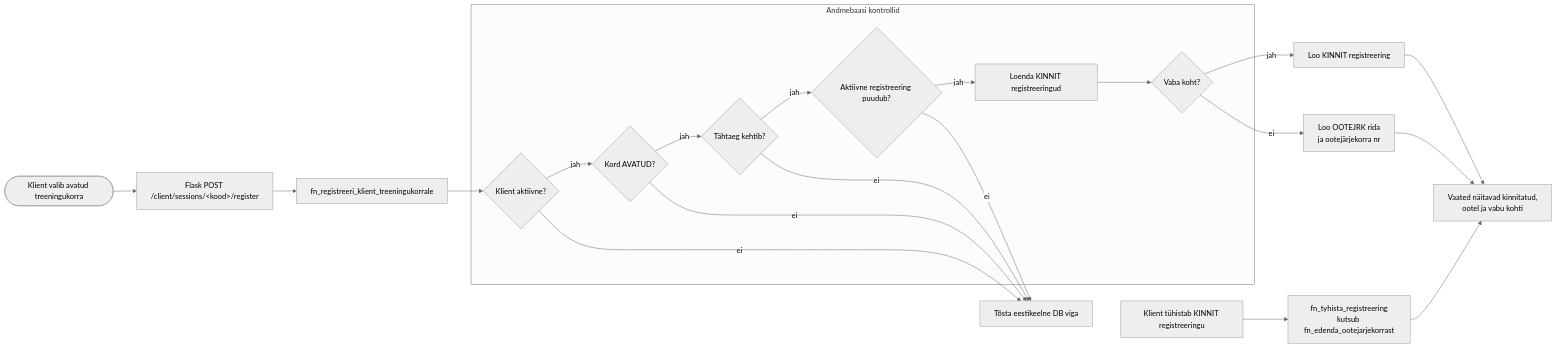
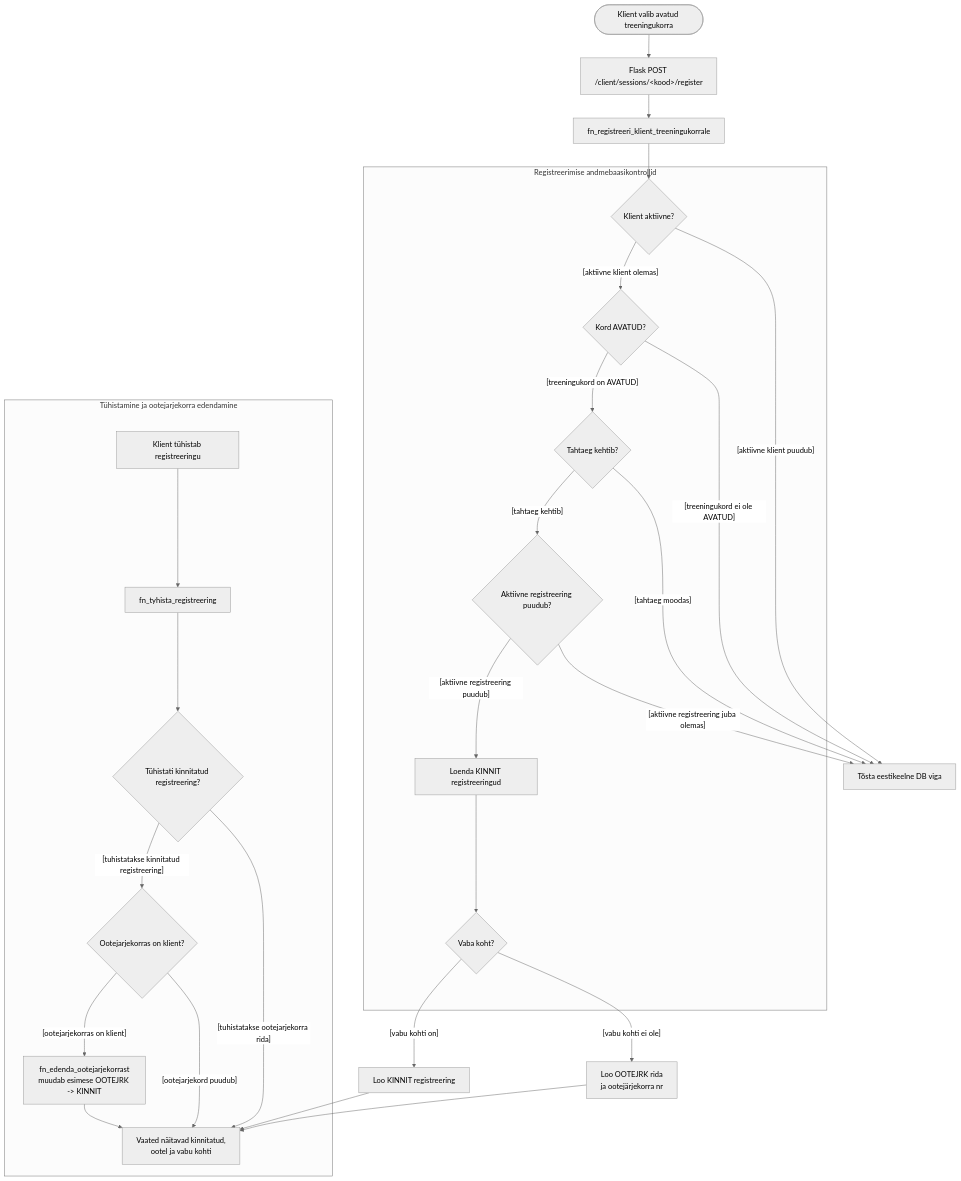
The diagram in diagrams/04_registration_activity.mmd (tamkivi/andmebaasid-projekt), drawn with Mermaid (neutral theme) before and after one commit. The commit also changed 23 other files, not shown here.

```diff
--- a/diagrams/04_registration_activity.mmd
+++ b/diagrams/04_registration_activity.mmd
@@ -1,35 +1,45 @@
-flowchart LR
+flowchart TB
     START([Klient valib avatud treeningukorra])
     ROUTE["Flask POST /client/sessions/&lt;kood&gt;/register"]
     FN["fn_registreeri_klient_treeningukorrale"]
 
-    subgraph "Andmebaasi kontrollid"
+    subgraph "Registreerimise andmebaasikontrollid"
         ACTIVE{"Klient aktiivne?"}
         OPEN{"Kord AVATUD?"}
-        DEADLINE{"Tähtaeg kehtib?"}
+        DEADLINE{"Tahtaeg kehtib?"}
         DUP{"Aktiivne registreering puudub?"}
         COUNT["Loenda KINNIT registreeringud"]
         SEAT{"Vaba koht?"}
     end
 
     CONF["Loo KINNIT registreering"]
     WAIT["Loo OOTEJRK rida\nja ootejärjekorra nr"]
     ERR["Tõsta eestikeelne DB viga"]
     VIEW["Vaated näitavad kinnitatud,\nootel ja vabu kohti"]
 
     START --> ROUTE --> FN --> ACTIVE
-    ACTIVE -- jah --> OPEN
-    OPEN -- jah --> DEADLINE
-    DEADLINE -- jah --> DUP
-    DUP -- jah --> COUNT --> SEAT
-    SEAT -- jah --> CONF --> VIEW
-    SEAT -- ei --> WAIT --> VIEW
+    ACTIVE -->|"[aktiivne klient olemas]"| OPEN
+    OPEN -->|"[treeningukord on AVATUD]"| DEADLINE
+    DEADLINE -->|"[tahtaeg kehtib]"| DUP
+    DUP -->|"[aktiivne registreering puudub]"| COUNT
+    COUNT --> SEAT
+    SEAT -->|"[vabu kohti on]"| CONF --> VIEW
+    SEAT -->|"[vabu kohti ei ole]"| WAIT --> VIEW
 
-    ACTIVE -- ei --> ERR
-    OPEN -- ei --> ERR
-    DEADLINE -- ei --> ERR
-    DUP -- ei --> ERR
+    ACTIVE -->|"[aktiivne klient puudub]"| ERR
+    OPEN -->|"[treeningukord ei ole AVATUD]"| ERR
+    DEADLINE -->|"[tahtaeg moodas]"| ERR
+    DUP -->|"[aktiivne registreering juba olemas]"| ERR
 
-    CANCEL["Klient tühistab KINNIT registreeringu"]
-    PROMOTE["fn_tyhista_registreering\nkutsub fn_edenda_ootejarjekorrast"]
-    CANCEL --> PROMOTE --> VIEW
+    subgraph "Tühistamine ja ootejarjekorra edendamine"
+        CANCEL["Klient tühistab registreeringu"]
+        CANCEL_FN["fn_tyhista_registreering"]
+        WAS_CONF{"Tühistati kinnitatud registreering?"}
+        QUEUE{"Ootejarjekorras on klient?"}
+        PROMOTED["fn_edenda_ootejarjekorrast\nmuudab esimese OOTEJRK -> KINNIT"]
+        CANCEL --> CANCEL_FN --> WAS_CONF
+        WAS_CONF -->|"[tuhistatakse kinnitatud registreering]"| QUEUE
+        WAS_CONF -->|"[tuhistatakse ootejarjekorra rida]"| VIEW
+        QUEUE -->|"[ootejarjekorras on klient]"| PROMOTED --> VIEW
+        QUEUE -->|"[ootejarjekord puudub]"| VIEW
+    end
```
